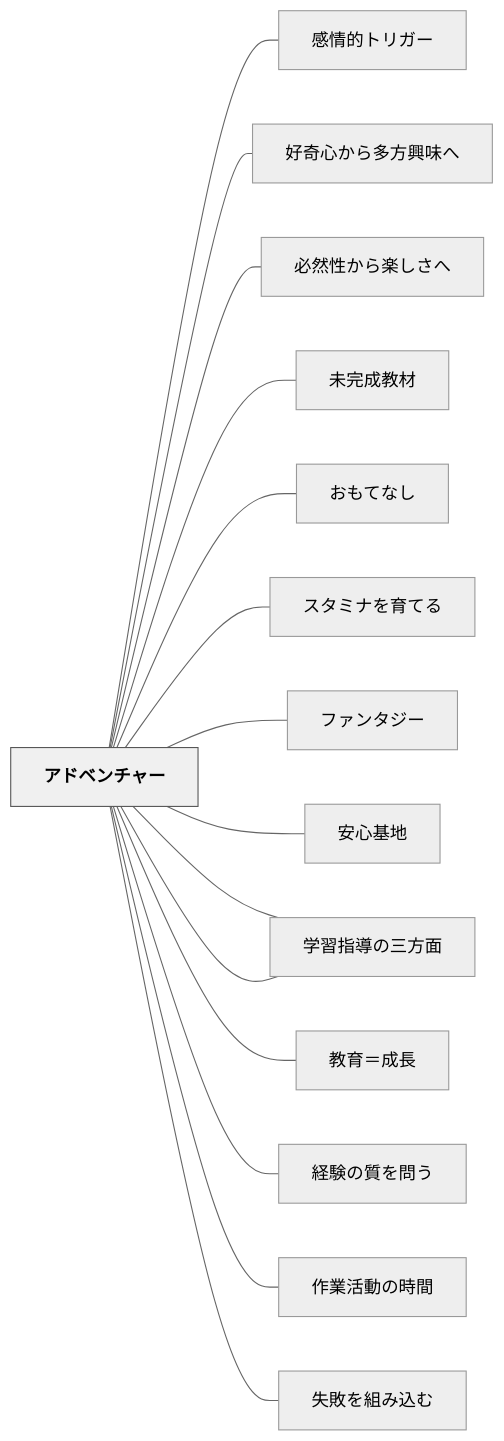
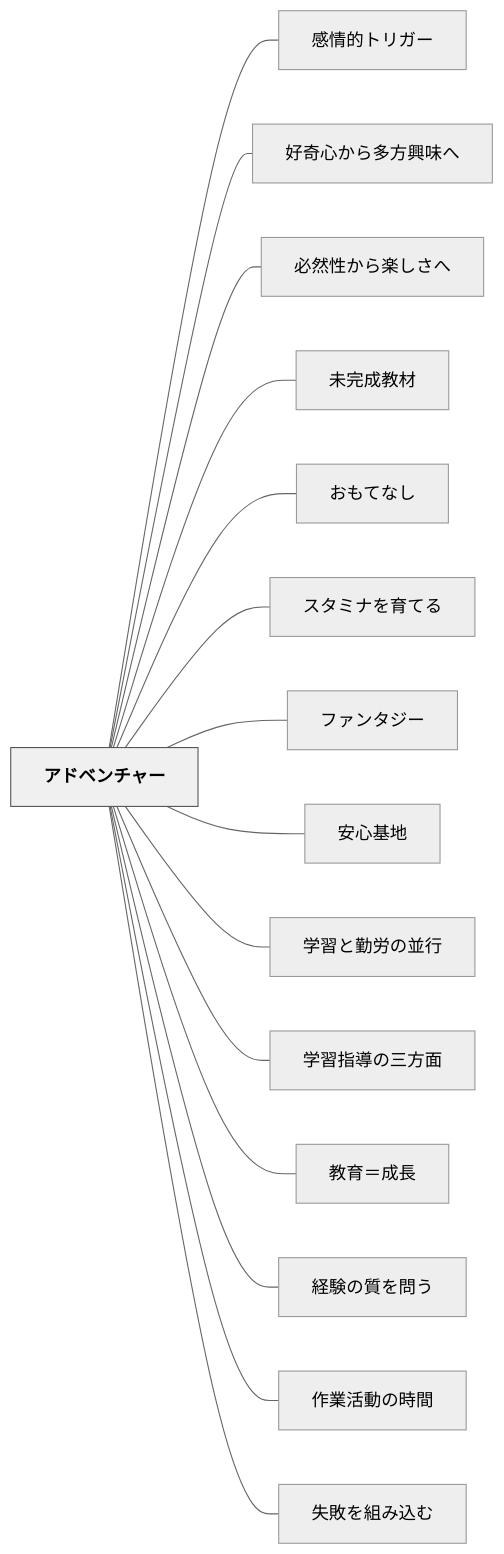
The diagram in content/パタン/アドベンチャー.md (unknownthings-ed-patterns/unknownthings-ed-patterns), drawn with Mermaid (neutral theme) before and after one commit. The commit also changed 527 other files, not shown here.

````diff
--- a/content/パタン/アドベンチャー.md
+++ b/content/パタン/アドベンチャー.md
@@ -352,36 +352,36 @@
 ```mermaid
 flowchart LR
-    ne382a2e38389["アドベンチャー"]
-    ne6849fe68385["感情的トリガー"]
-    ne5a5bde5a587["好奇心から多方興味へ"]
-    ne5bf85e784b6["必然性から楽しさへ"]
-    ne69caae5ae8c["未完成教材"]
-    ne3818ae38282["おもてなし"]
-    ne382b9e382bf["スタミナを育てる"]
-    ne38395e382a1["ファンタジー"]
-    ne5ae89e5bf83["安心基地"]
-    ne5ada6e7bf92["学習と勤労の並行"]
-    ne5ada6e7bf92["学習指導の三方面"]
-    ne69599e882b2["教育＝成長"]
-    ne7b58ce9a893["経験の質を問う"]
-    ne4bd9ce6a5ad["作業活動の時間"]
-    ne5a4b1e69597["失敗を組み込む"]
+    ne382a2e38389e38399e383b3e38381e383a3e383bc["アドベンチャー"]
+    ne6849fe68385e79a84e38388e383aae382ace383bc["感情的トリガー"]
+    ne5a5bde5a587e5bf83e3818be38289e5a49ae696b9e88888e591b3e381b8["好奇心から多方興味へ"]
+    ne5bf85e784b6e680a7e3818be38289e6a5bde38197e38195e381b8["必然性から楽しさへ"]
+    ne69caae5ae8ce68890e69599e69d90["未完成教材"]
+    ne3818ae38282e381a6e381aae38197["おもてなし"]
+    ne382b9e382bfe3839fe3838ae38292e882b2e381a6e3828b["スタミナを育てる"]
+    ne38395e382a1e383b3e382bfe382b8e383bc["ファンタジー"]
+    ne5ae89e5bf83e59fbae59cb0["安心基地"]
+    ne5ada6e7bf92e381a8e58ba4e58ab4e381aee4b8a6e8a18c["学習と勤労の並行"]
+    ne5ada6e7bf92e68c87e5b08ee381aee4b889e696b9e99da2["学習指導の三方面"]
+    ne69599e882b2efbc9de68890e995b7["教育＝成長"]
+    ne7b58ce9a893e381aee8b3aae38292e5958fe38186["経験の質を問う"]
+    ne4bd9ce6a5ade6b4bbe58b95e381aee69982e99693["作業活動の時間"]
+    ne5a4b1e69597e38292e7b584e381bfe8bebce38280["失敗を組み込む"]
 
-    ne382a2e38389 --- ne6849fe68385
-    ne382a2e38389 --- ne5a5bde5a587
-    ne382a2e38389 --- ne5bf85e784b6
-    ne382a2e38389 --- ne69caae5ae8c
-    ne382a2e38389 --- ne3818ae38282
-    ne382a2e38389 --- ne382b9e382bf
-    ne382a2e38389 --- ne38395e382a1
-    ne382a2e38389 --- ne5ae89e5bf83
-    ne382a2e38389 --- ne5ada6e7bf92
-    ne382a2e38389 --- ne5ada6e7bf92
-    ne382a2e38389 --- ne69599e882b2
-    ne382a2e38389 --- ne7b58ce9a893
-    ne382a2e38389 --- ne4bd9ce6a5ad
-    ne382a2e38389 --- ne5a4b1e69597
+    ne382a2e38389e38399e383b3e38381e383a3e383bc --- ne6849fe68385e79a84e38388e383aae382ace383bc
+    ne382a2e38389e38399e383b3e38381e383a3e383bc --- ne5a5bde5a587e5bf83e3818be38289e5a49ae696b9e88888e591b3e381b8
+    ne382a2e38389e38399e383b3e38381e383a3e383bc --- ne5bf85e784b6e680a7e3818be38289e6a5bde38197e38195e381b8
+    ne382a2e38389e38399e383b3e38381e383a3e383bc --- ne69caae5ae8ce68890e69599e69d90
+    ne382a2e38389e38399e383b3e38381e383a3e383bc --- ne3818ae38282e381a6e381aae38197
+    ne382a2e38389e38399e383b3e38381e383a3e383bc --- ne382b9e382bfe3839fe3838ae38292e882b2e381a6e3828b
+    ne382a2e38389e38399e383b3e38381e383a3e383bc --- ne38395e382a1e383b3e382bfe382b8e383bc
+    ne382a2e38389e38399e383b3e38381e383a3e383bc --- ne5ae89e5bf83e59fbae59cb0
+    ne382a2e38389e38399e383b3e38381e383a3e383bc --- ne5ada6e7bf92e381a8e58ba4e58ab4e381aee4b8a6e8a18c
+    ne382a2e38389e38399e383b3e38381e383a3e383bc --- ne5ada6e7bf92e68c87e5b08ee381aee4b889e696b9e99da2
+    ne382a2e38389e38399e383b3e38381e383a3e383bc --- ne69599e882b2efbc9de68890e995b7
+    ne382a2e38389e38399e383b3e38381e383a3e383bc --- ne7b58ce9a893e381aee8b3aae38292e5958fe38186
+    ne382a2e38389e38399e383b3e38381e383a3e383bc --- ne4bd9ce6a5ade6b4bbe58b95e381aee69982e99693
+    ne382a2e38389e38399e383b3e38381e383a3e383bc --- ne5a4b1e69597e38292e7b584e381bfe8bebce38280
 
     classDef hub fill:#f0f0f0,stroke:#555,color:#000,font-weight:bold
-    class ne382a2e38389 hub
+    class ne382a2e38389e38399e383b3e38381e383a3e383bc hub
 ```
````
